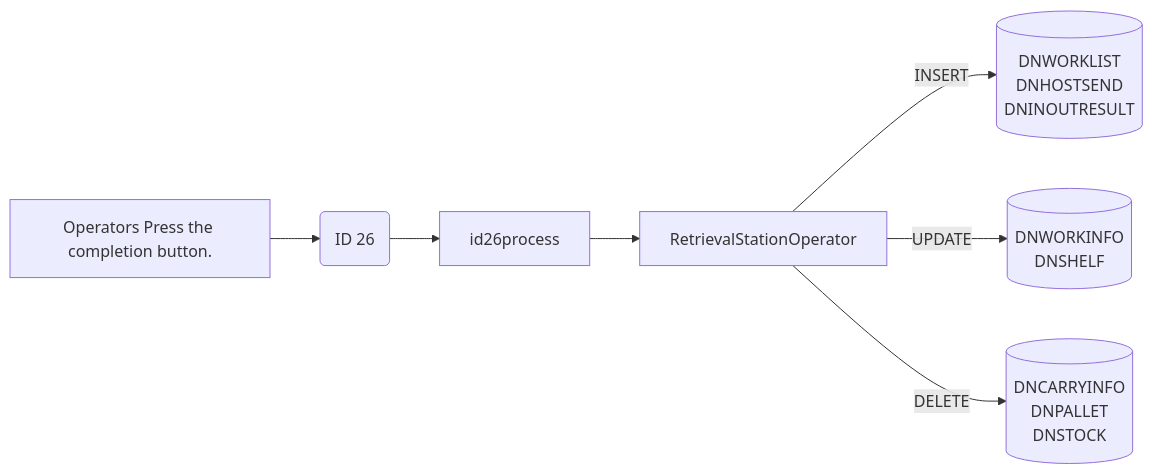
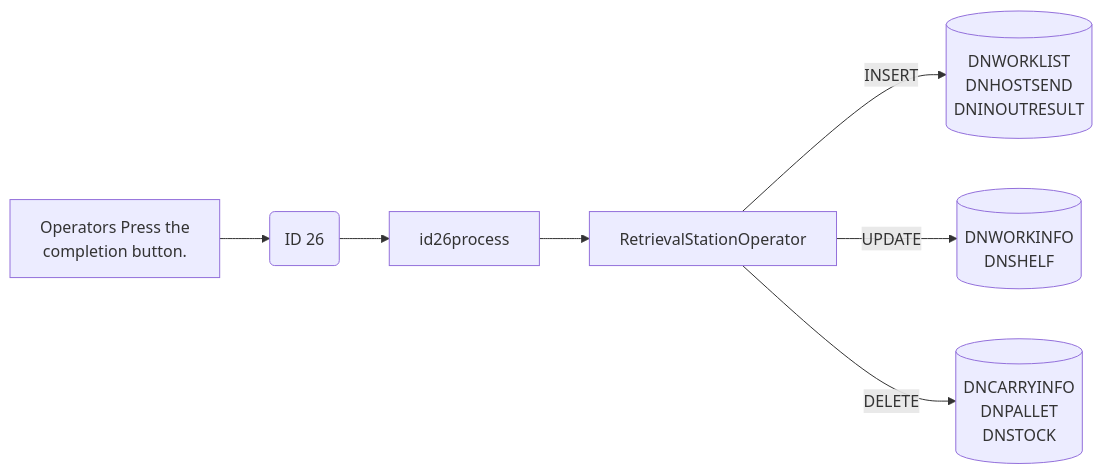
Before and after one commit to luthfiadityaa/SimeDarby-Wiki: the ninth of 9 diagrams in Basic-Design/DFD-WMS/Retrieval/Unplanned-Retrieval-to-HP-Area.md, drawn with Mermaid.

Commit message:
Updated Unplanned Retrieval to HP Area

```diff
--- a/Basic-Design/DFD-WMS/Retrieval/Unplanned-Retrieval-to-HP-Area.md
+++ b/Basic-Design/DFD-WMS/Retrieval/Unplanned-Retrieval-to-HP-Area.md
@@ -382,40 +382,41 @@
 ::: mermaid
 flowchart LR
 
 buttonclicked["
-Operators Press the completion button.
+Operators Press the 
+completion button.
 "]
 
 id26msg("
 ID 26
 ")
 
 id26-update[("
 DNWORKINFO
 DNSHELF
 ")]
 
 id26-delete[("
 DNCARRYINFO
 DNPALLET
 DNSTOCK
 ")]
 
 id26-insert[("
 DNWORKLIST
 DNHOSTSEND
 DNINOUTRESULT
 ")]
 
 id26process[id26process]
 retrievaloperator[RetrievalStationOperator]
 
 
 buttonclicked --> id26msg
 id26msg -->id26process
 id26process-->retrievaloperator
 
 retrievaloperator--> |INSERT| id26-insert
 retrievaloperator--> |UPDATE| id26-update
 retrievaloperator--> |DELETE| id26-delete
 :::
```
